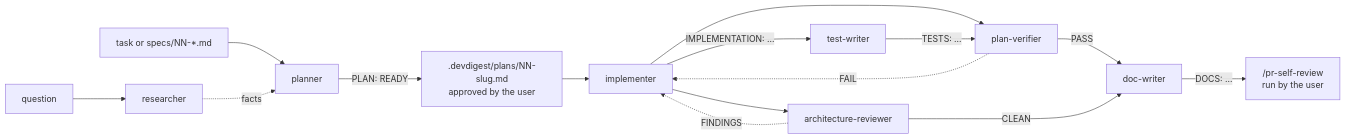
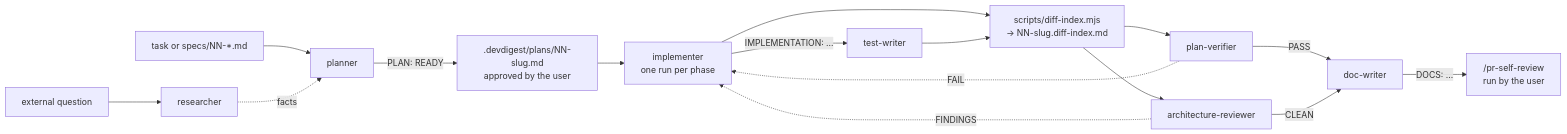
The diagram in .claude/agents/README.md (AslanovRustam/dev-digest), drawn with Mermaid before and after one commit. The commit also changed other lines of this file and 11 other files, not shown here.

````diff
--- a/.claude/agents/README.md
+++ b/.claude/agents/README.md
@@ -7,17 +7,18 @@
 ```mermaid
 flowchart LR
-    Q[question] --> R[researcher]
+    Q[external question] --> R[researcher]
     T[task or specs/NN-*.md] --> P[planner]
     R -. facts .-> P
     P -- "PLAN: READY" --> F[".devdigest/plans/NN-slug.md<br/>approved by the user"]
-    F --> I[implementer]
+    F --> I["implementer<br/>one run per phase"]
     I -- "IMPLEMENTATION: …" --> TW[test-writer]
-    I --> PV[plan-verifier]
-    TW -- "TESTS: …" --> PV
-    I --> AR[architecture-reviewer]
+    I --> X["scripts/diff-index.mjs<br/>→ NN-slug.diff-index.md"]
+    TW --> X
+    X --> PV[plan-verifier]
+    X --> AR[architecture-reviewer]
     PV -. "FAIL" .-> I
     AR -. "FINDINGS" .-> I
     PV -- "PASS" --> D[doc-writer]
     AR -- "CLEAN" --> D
     D -- "DOCS: …" --> S["/pr-self-review<br/>run by the user"]
 ```
````
